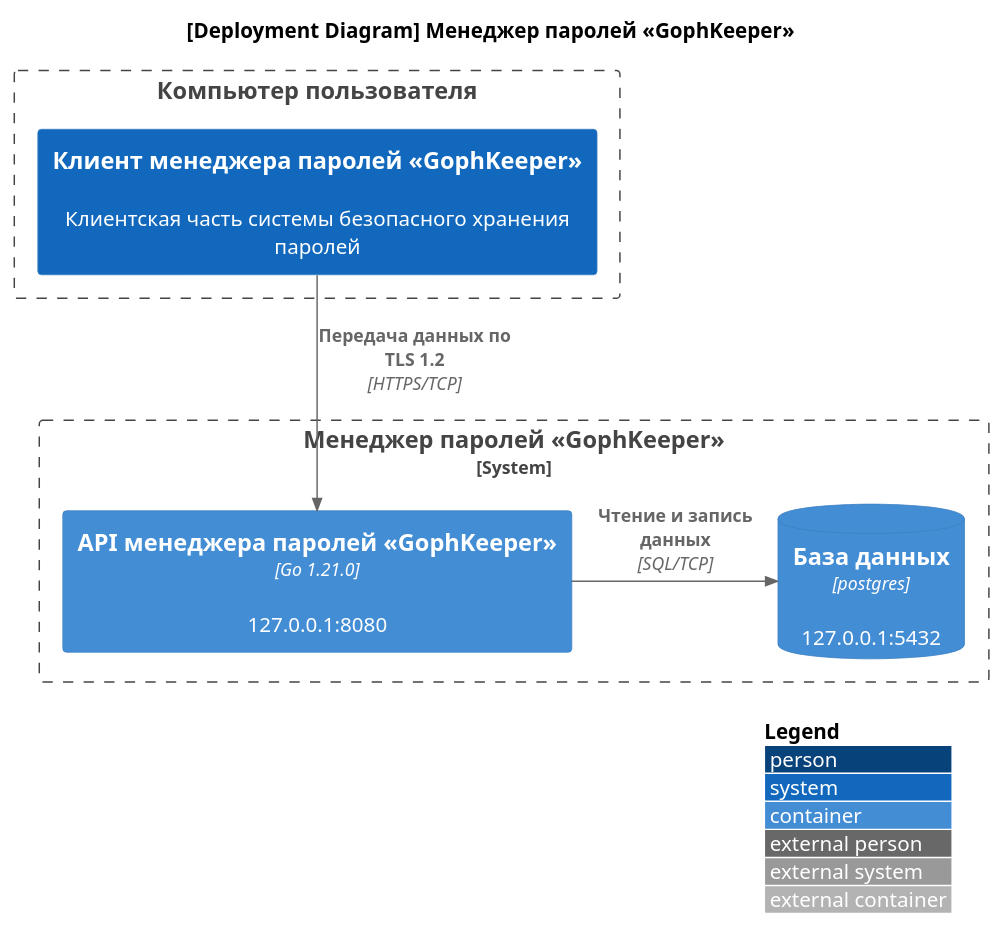
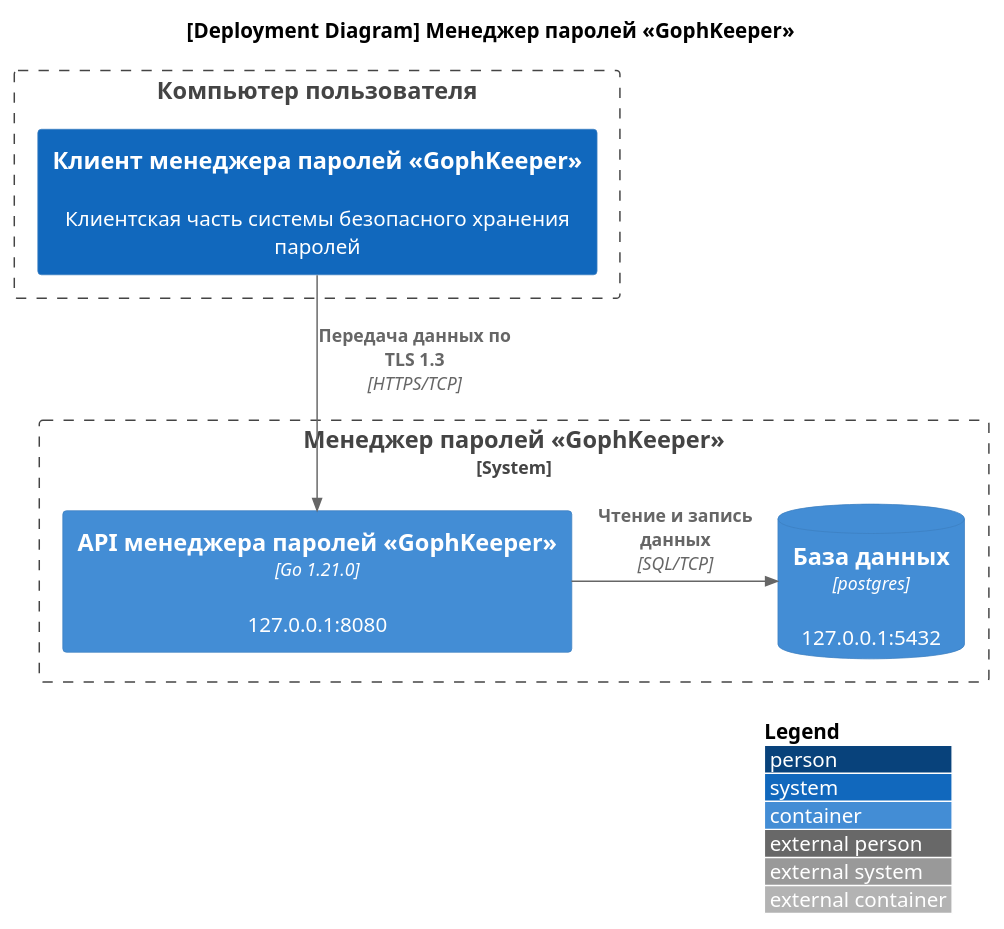
One commit to Nickolasll/GophKeeper changed the diagram in docs/arc42/7. Deployment view/7.1 Deployment view.puml. Above: the diagram before and after it, drawn with PlantUML. The commit also changed 9 other files, not shown here.

```diff
--- a/docs/arc42/7. Deployment view/7.1 Deployment view.puml
+++ b/docs/arc42/7. Deployment view/7.1 Deployment view.puml
@@ -1,22 +1,22 @@
 @startuml
 !include https://raw.githubusercontent.com/plantuml-stdlib/C4-PlantUML/master/C4_Container.puml
 
 skinparam wrapWidth 400
 LAYOUT_WITH_LEGEND()
 
 title
     <b>[Deployment Diagram] Менеджер паролей «GophKeeper»</b>
 end title
 
 Boundary(pc, "Компьютер пользователя") {
     System(client, "Клиент менеджера паролей «GophKeeper»", "Клиентская часть системы безопасного хранения паролей")
 }
 
 System_Boundary(server, "Менеджер паролей «GophKeeper»", "Серверная часть системы безопасного хранения паролей") {
     Container(server_api, "API менеджера паролей «GophKeeper»", "Go 1.21.0", "127.0.0.1:8080")
     ContainerDb(server_db, "База данных", "postgres", "127.0.0.1:5432")
 
     Rel_Right(server_api, server_db, "Чтение и запись данных", "SQL/TCP")
 }
-Rel_Down(client, server_api, "Передача данных по TLS 1.2", "HTTPS/TCP")
+Rel_Down(client, server_api, "Передача данных по TLS 1.3", "HTTPS/TCP")
 @enduml
```
